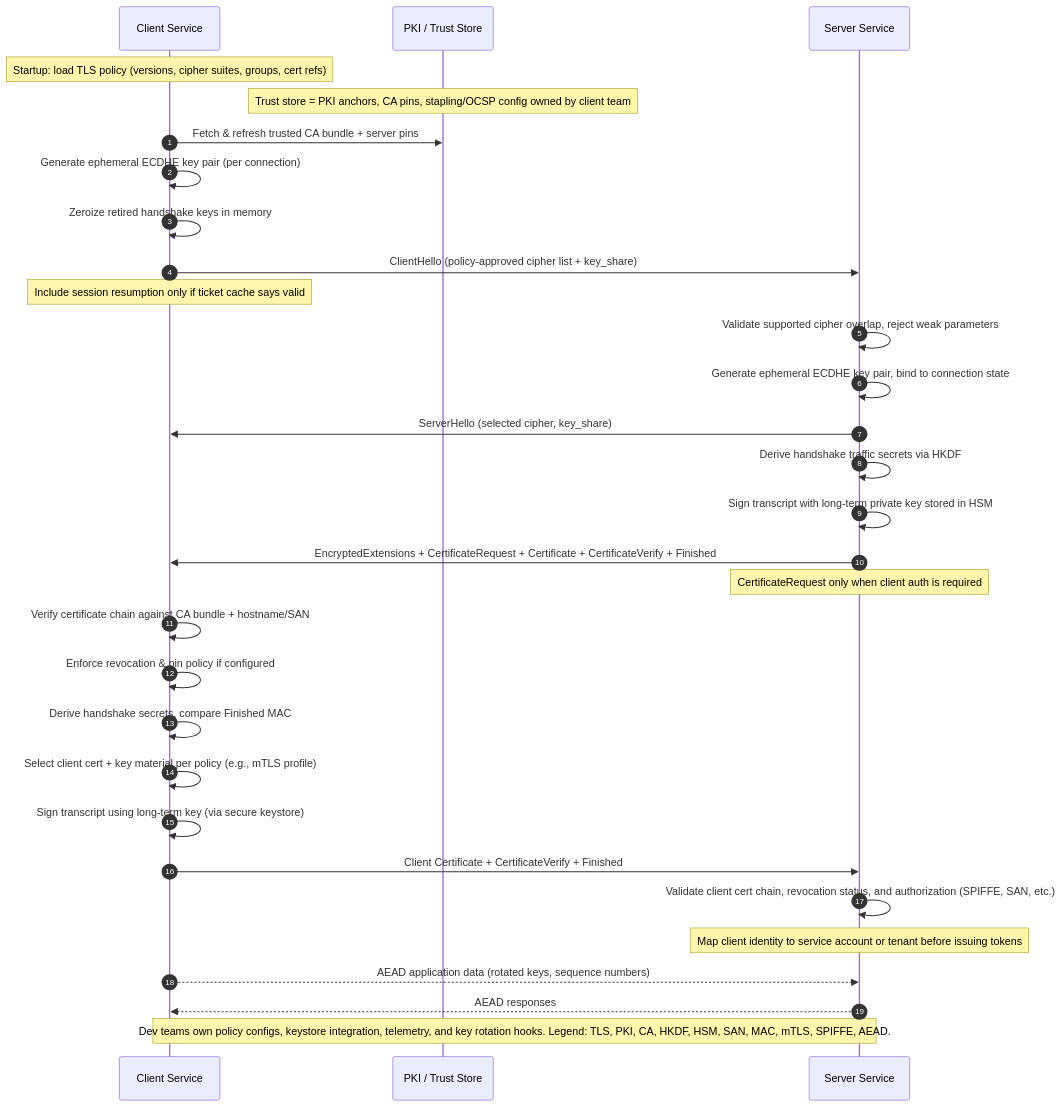
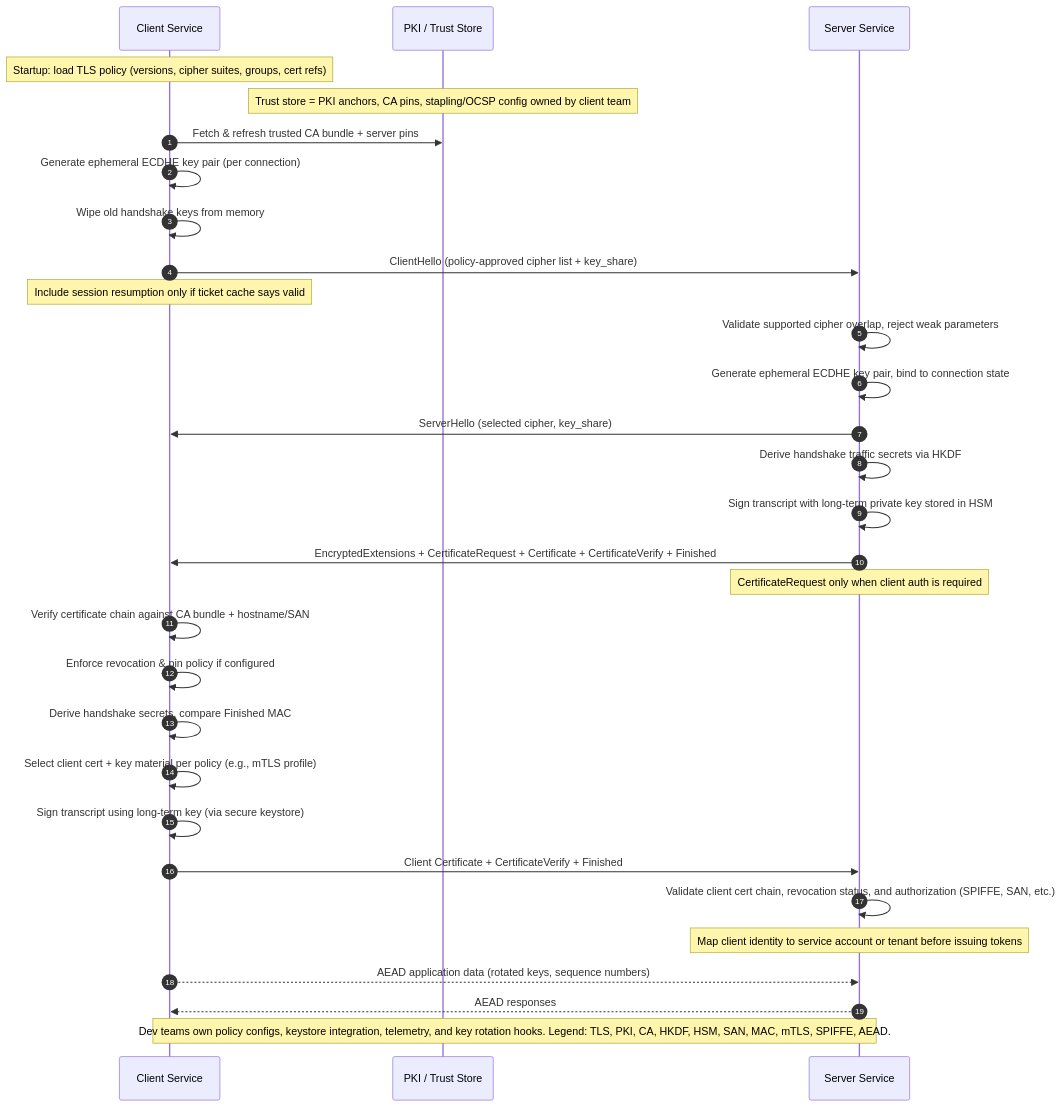
The diagram in diagrams/11-tls13-mutual-auth-dev.mmd (irahulsawhney/crypto-concepts), drawn with Mermaid before and after one commit.

Commit message:
Simplify handshake key cleanup wording

```diff
--- a/diagrams/11-tls13-mutual-auth-dev.mmd
+++ b/diagrams/11-tls13-mutual-auth-dev.mmd
@@ -1,40 +1,40 @@
 %% TLS 1.3 Mutual Auth - Dev Responsibilities
 sequenceDiagram
   autonumber
   participant ClientSvc as Client Service
   participant PKI as PKI / Trust Store
   participant ServerSvc as Server Service
 
   Note over ClientSvc: Startup: load TLS policy (versions, cipher suites, groups, cert refs)
   Note over PKI: Trust store = PKI anchors, CA pins, stapling/OCSP config owned by client team
   ClientSvc->>PKI: Fetch & refresh trusted CA bundle + server pins
   ClientSvc->>ClientSvc: Generate ephemeral ECDHE key pair (per connection)
-  ClientSvc->>ClientSvc: Zeroize retired handshake keys in memory
+  ClientSvc->>ClientSvc: Wipe old handshake keys from memory
 
   ClientSvc->>ServerSvc: ClientHello (policy-approved cipher list + key_share)
   Note over ClientSvc: Include session resumption only if ticket cache says valid
 
   ServerSvc->>ServerSvc: Validate supported cipher overlap, reject weak parameters
   ServerSvc->>ServerSvc: Generate ephemeral ECDHE key pair, bind to connection state
   ServerSvc->>ClientSvc: ServerHello (selected cipher, key_share)
 
   ServerSvc->>ServerSvc: Derive handshake traffic secrets via HKDF
   ServerSvc->>ServerSvc: Sign transcript with long-term private key stored in HSM
   ServerSvc->>ClientSvc: EncryptedExtensions + CertificateRequest + Certificate + CertificateVerify + Finished
   Note over ServerSvc: CertificateRequest only when client auth is required
 
   ClientSvc->>ClientSvc: Verify certificate chain against CA bundle + hostname/SAN
   ClientSvc->>ClientSvc: Enforce revocation & pin policy if configured
   ClientSvc->>ClientSvc: Derive handshake secrets, compare Finished MAC
 
   ClientSvc->>ClientSvc: Select client cert + key material per policy (e.g., mTLS profile)
   ClientSvc->>ClientSvc: Sign transcript using long-term key (via secure keystore)
   ClientSvc->>ServerSvc: Client Certificate + CertificateVerify + Finished
 
   ServerSvc->>ServerSvc: Validate client cert chain, revocation status, and authorization (SPIFFE, SAN, etc.)
   Note over ServerSvc: Map client identity to service account or tenant before issuing tokens
 
   ClientSvc-->>ServerSvc: AEAD application data (rotated keys, sequence numbers)
   ServerSvc-->>ClientSvc: AEAD responses
 
   Note over ClientSvc,ServerSvc: Dev teams own policy configs, keystore integration, telemetry, and key rotation hooks. Legend: TLS, PKI, CA, HKDF, HSM, SAN, MAC, mTLS, SPIFFE, AEAD.
```
